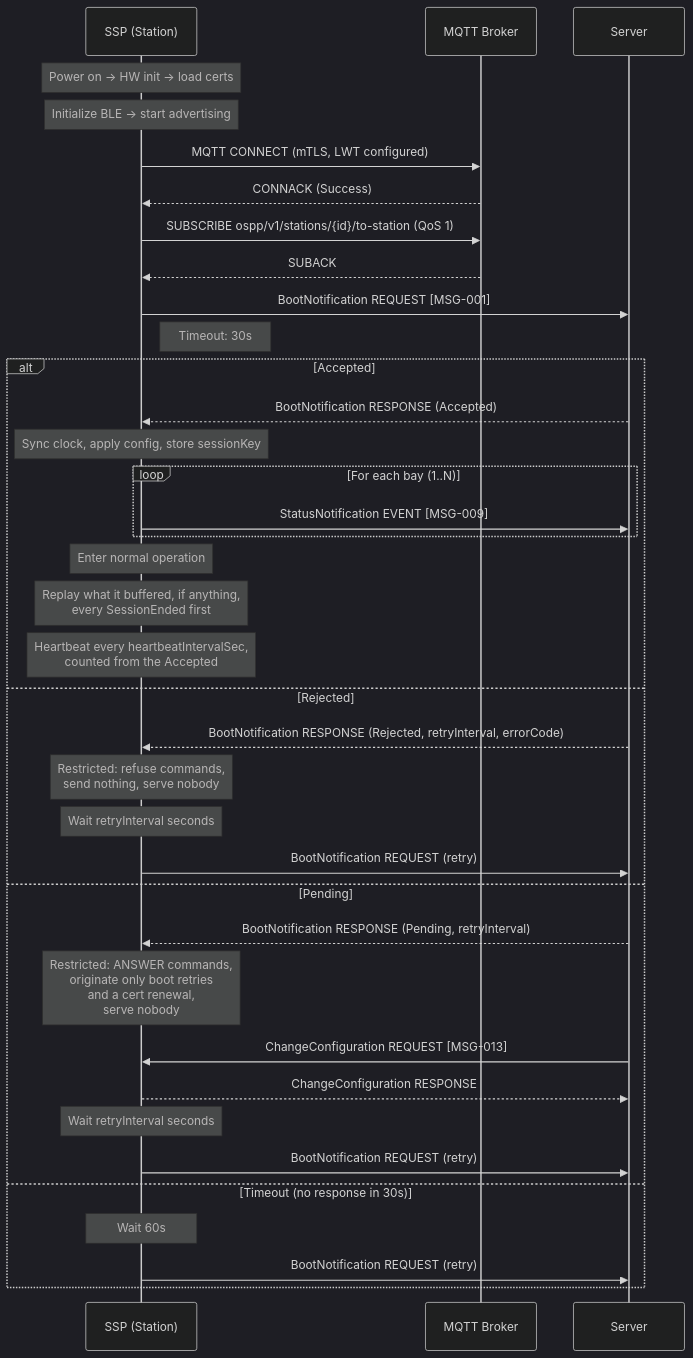
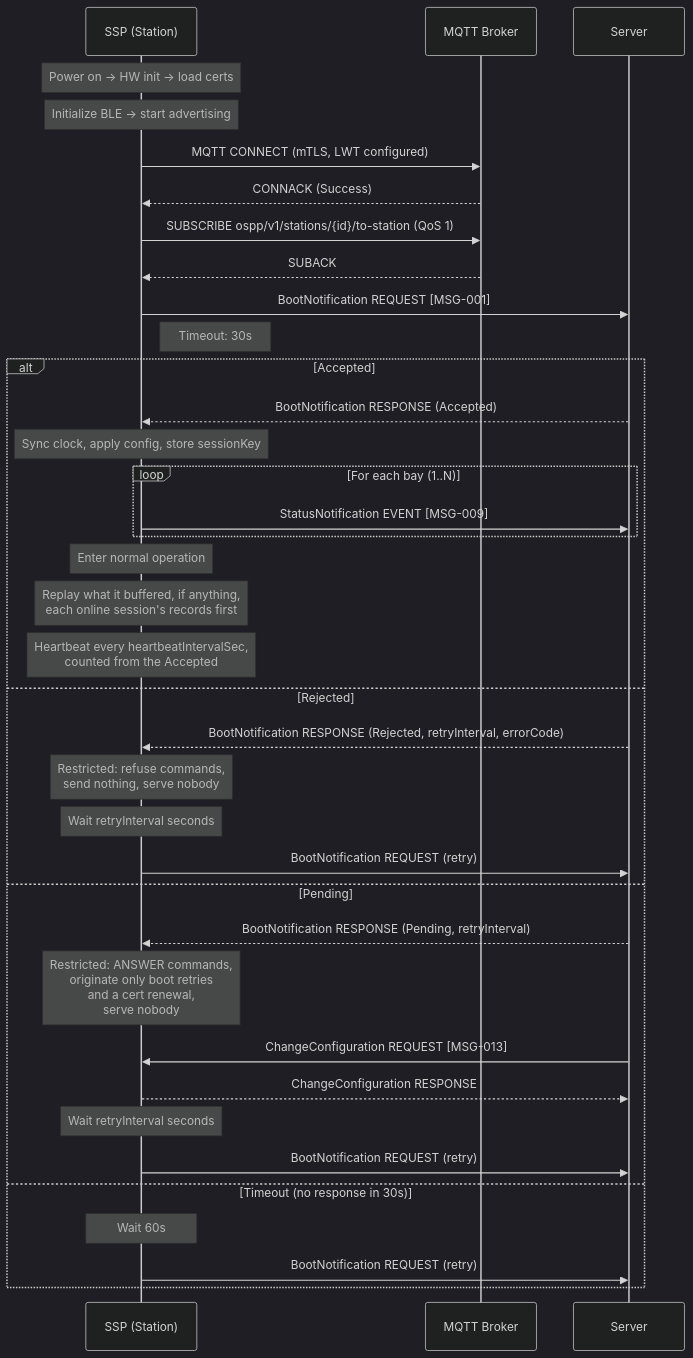
The first of 19 diagrams in spec/04-flows.md (ospp-org/spec), drawn with Mermaid (dark theme) before and after one commit. The commit also changed other lines of this file and 13 other files, not shown here.

````diff
--- a/spec/04-flows.md
+++ b/spec/04-flows.md
@@ -102,48 +102,48 @@
 ```mermaid
 sequenceDiagram
     participant SSP as SSP (Station)
     participant Broker as MQTT Broker
     participant Server
 
     Note over SSP: Power on → HW init → load certs
     Note over SSP: Initialize BLE → start advertising
 
     SSP->>Broker: MQTT CONNECT (mTLS, LWT configured)
     Broker-->>SSP: CONNACK (Success)
     SSP->>Broker: SUBSCRIBE ospp/v1/stations/{id}/to-station (QoS 1)
     Broker-->>SSP: SUBACK
 
     SSP->>Server: BootNotification REQUEST [MSG-001]
     Note right of SSP: Timeout: 30s
 
     alt Accepted
         Server-->>SSP: BootNotification RESPONSE (Accepted)
         Note over SSP: Sync clock, apply config, store sessionKey
 
         loop For each bay (1..N)
             SSP->>Server: StatusNotification EVENT [MSG-009]
         end
 
         Note over SSP: Enter normal operation
-        Note over SSP: Replay what it buffered, if anything,<br/>every SessionEnded first
+        Note over SSP: Replay what it buffered, if anything,<br/>each online session's records first
         Note over SSP: Heartbeat every heartbeatIntervalSec,<br/>counted from the Accepted
 
     else Rejected
         Server-->>SSP: BootNotification RESPONSE (Rejected, retryInterval, errorCode)
         Note over SSP: Restricted: refuse commands,<br/>send nothing, serve nobody
         Note over SSP: Wait retryInterval seconds
         SSP->>Server: BootNotification REQUEST (retry)
 
     else Pending
         Server-->>SSP: BootNotification RESPONSE (Pending, retryInterval)
         Note over SSP: Restricted: ANSWER commands,<br/>originate only boot retries<br/>and a cert renewal,<br/>serve nobody
         Server->>SSP: ChangeConfiguration REQUEST [MSG-013]
         SSP-->>Server: ChangeConfiguration RESPONSE
         Note over SSP: Wait retryInterval seconds
         SSP->>Server: BootNotification REQUEST (retry)
 
     else Timeout (no response in 30s)
         Note over SSP: Wait 60s
         SSP->>Server: BootNotification REQUEST (retry)
     end
 ```
````
